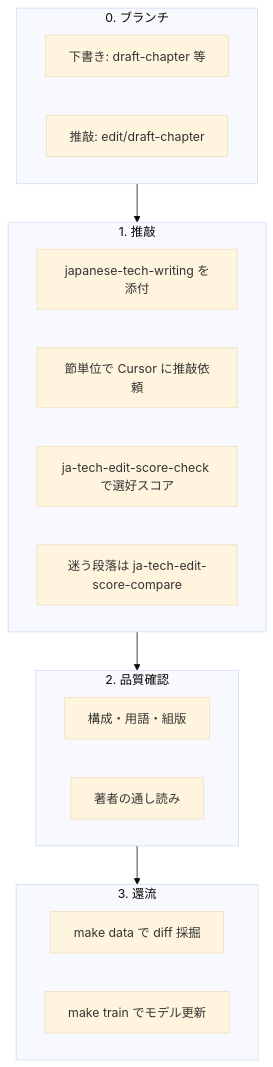
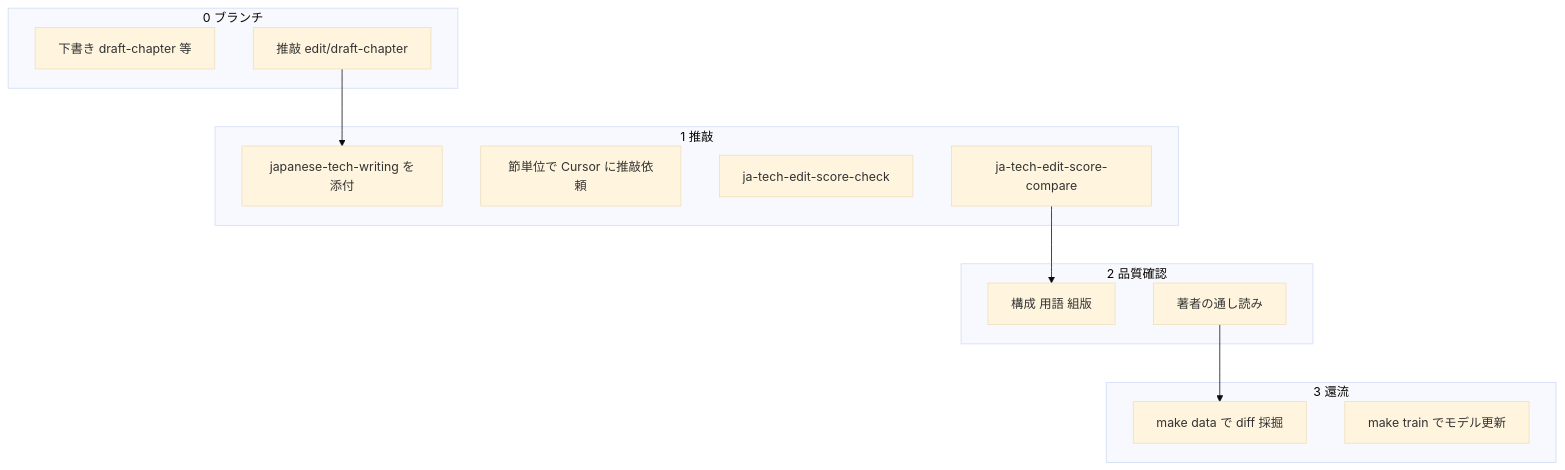
The first of 2 diagrams in docs/WORKFLOW.md (k16shikano/ja-tech-edit-score), drawn with Mermaid (base theme) before and after one commit. The commit also changed other lines of this file, not shown here.

````diff
--- a/docs/WORKFLOW.md
+++ b/docs/WORKFLOW.md
@@ -17,26 +17,28 @@
 ```mermaid
 flowchart TB
-  subgraph prep [0. ブランチ]
-    B1[下書き: draft-chapter 等]
-    B2[推敲: edit/draft-chapter]
+  subgraph prep ["0 ブランチ"]
+    B1["下書き draft-chapter 等"]
+    B2["推敲 edit/draft-chapter"]
   end
 
-  subgraph write [1. 推敲]
-    W1[japanese-tech-writing を添付]
-    W2[節単位で Cursor に推敲依頼]
-    W3[ja-tech-edit-score-check で選好スコア]
-    W4[迷う段落は ja-tech-edit-score-compare]
+  subgraph write ["1 推敲"]
+    W1["japanese-tech-writing を添付"]
+    W2["節単位で Cursor に推敲依頼"]
+    W3["ja-tech-edit-score-check"]
+    W4["ja-tech-edit-score-compare"]
   end
 
-  subgraph qc [2. 品質確認]
-    Q1[構成・用語・組版]
-    Q2[著者の通し読み]
+  subgraph qc ["2 品質確認"]
+    Q1["構成 用語 組版"]
+    Q2["著者の通し読み"]
   end
 
-  subgraph learn [3. 還流]
-    L1[make data で diff 採掘]
-    L2[make train でモデル更新]
+  subgraph learn ["3 還流"]
+    L1["make data で diff 採掘"]
+    L2["make train でモデル更新"]
   end
 
-  prep --> write --> qc --> learn
+  B2 --> W1
+  W4 --> Q1
+  Q2 --> L1
 ```
````
